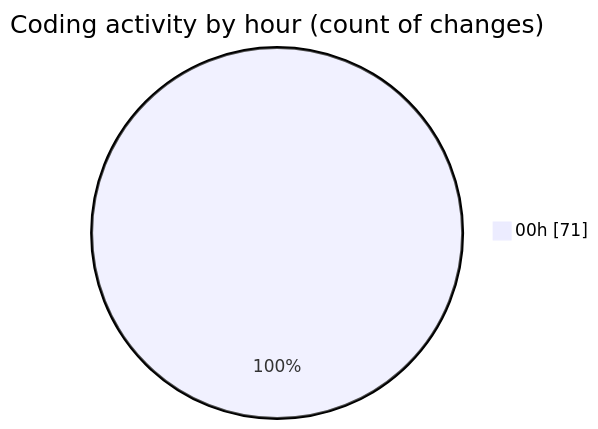
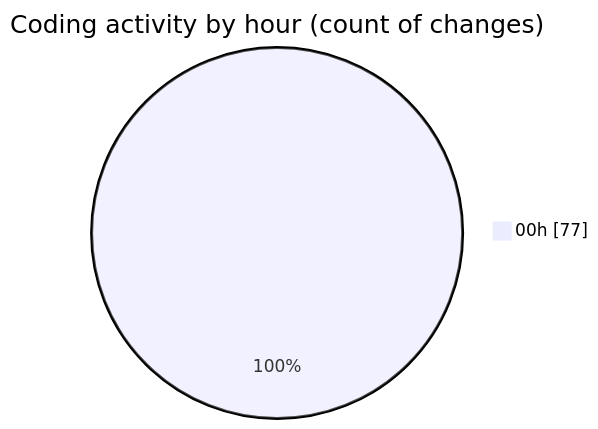
One commit to lephambinh05/code-tracking changed the second of 2 diagrams in 2025-08-16/rentotp/README.md. Above: the diagram before and after it, drawn with Mermaid. The commit also changed other lines of this file and 1 other file, not shown here.

````diff
--- a/2025-08-16/rentotp/README.md
+++ b/2025-08-16/rentotp/README.md
@@ -42,5 +43,5 @@
 ```mermaid
 pie showData
 title Coding activity by hour (count of changes)
-"00h" : 71
+"00h" : 77
 ```
````
